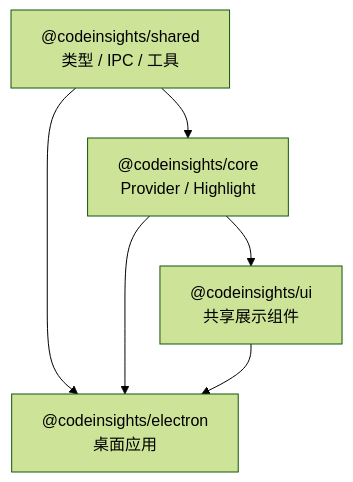
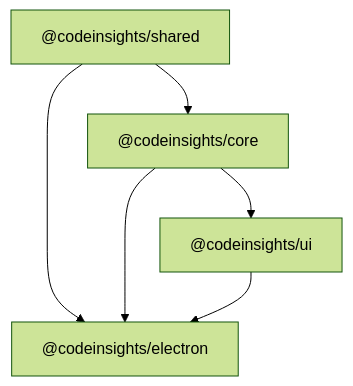
Before and after one commit to cyh429/CodeInsights: the diagram in README.md, drawn with Mermaid (forest theme). The commit also changed other lines of this file and 32 other files, not shown here.

````diff
--- a/README.md
+++ b/README.md
@@ -239,13 +194,13 @@
 ```mermaid
 flowchart TD
-  shared["@codeinsights/shared\n类型 / IPC / 工具"]
-  core["@codeinsights/core\nProvider / Highlight"]
-  ui["@codeinsights/ui\n共享展示组件"]
-  electron["@codeinsights/electron\n桌面应用"]
+  shared["@codeinsights/shared"]
+  core["@codeinsights/core"]
+  ui["@codeinsights/ui"]
+  electron["@codeinsights/electron"]
 
   shared --> core
   shared --> electron
   core --> ui
   core --> electron
   ui --> electron
 ```
````
